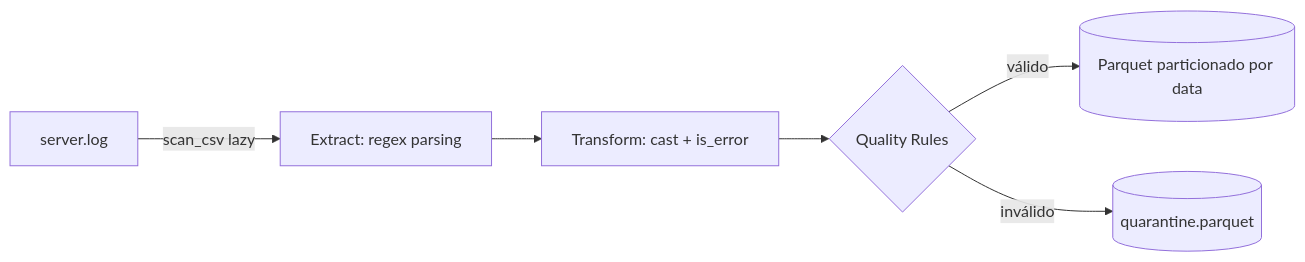
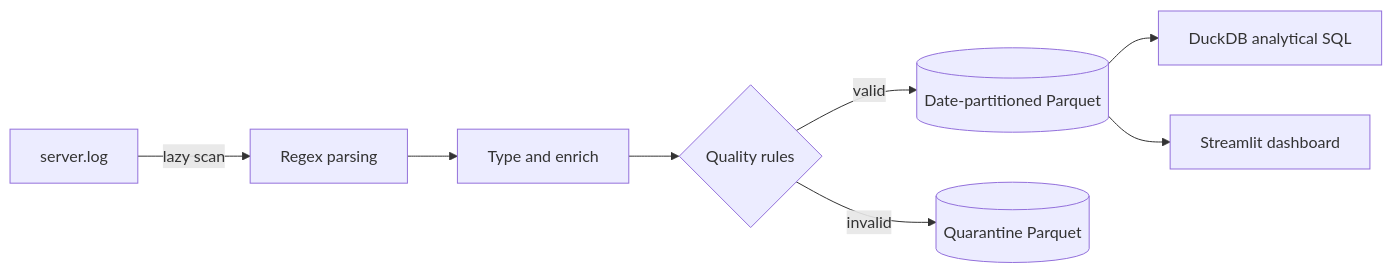
The diagram in README.md (gadelha-allan/log-analytics-engine), drawn with Mermaid before and after one commit. The commit also changed other lines of this file and 1 other file, not shown here.

````diff
--- a/README.md
+++ b/README.md
@@ -51,8 +18,10 @@
 ```mermaid
 flowchart LR
-    A[server.log] -->|scan_csv lazy| B[Extract: regex parsing]
-    B --> C[Transform: cast + is_error]
-    C --> D{Quality Rules}
-    D -->|válido| E[(Parquet particionado por data)]
-    D -->|inválido| F[(quarantine.parquet)]
+    A[server.log] -->|lazy scan| B[Regex parsing]
+    B --> C[Type and enrich]
+    C --> D{Quality rules}
+    D -->|valid| E[(Date-partitioned Parquet)]
+    D -->|invalid| F[(Quarantine Parquet)]
+    E --> G[DuckDB analytical SQL]
+    E --> H[Streamlit dashboard]
 ```
````
